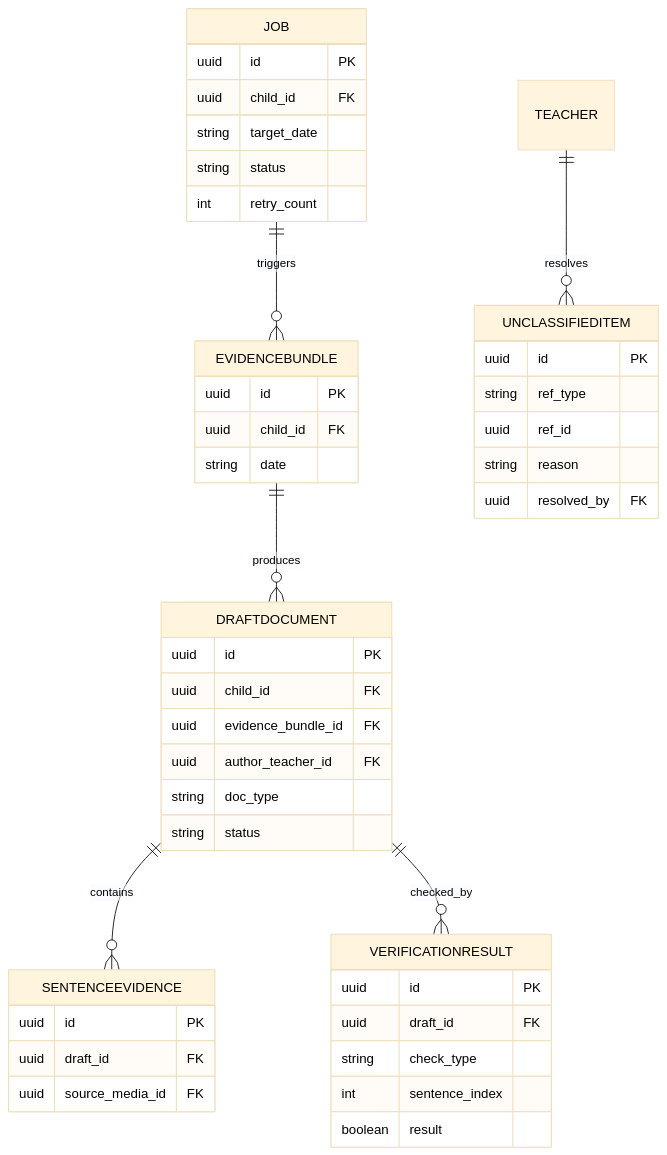
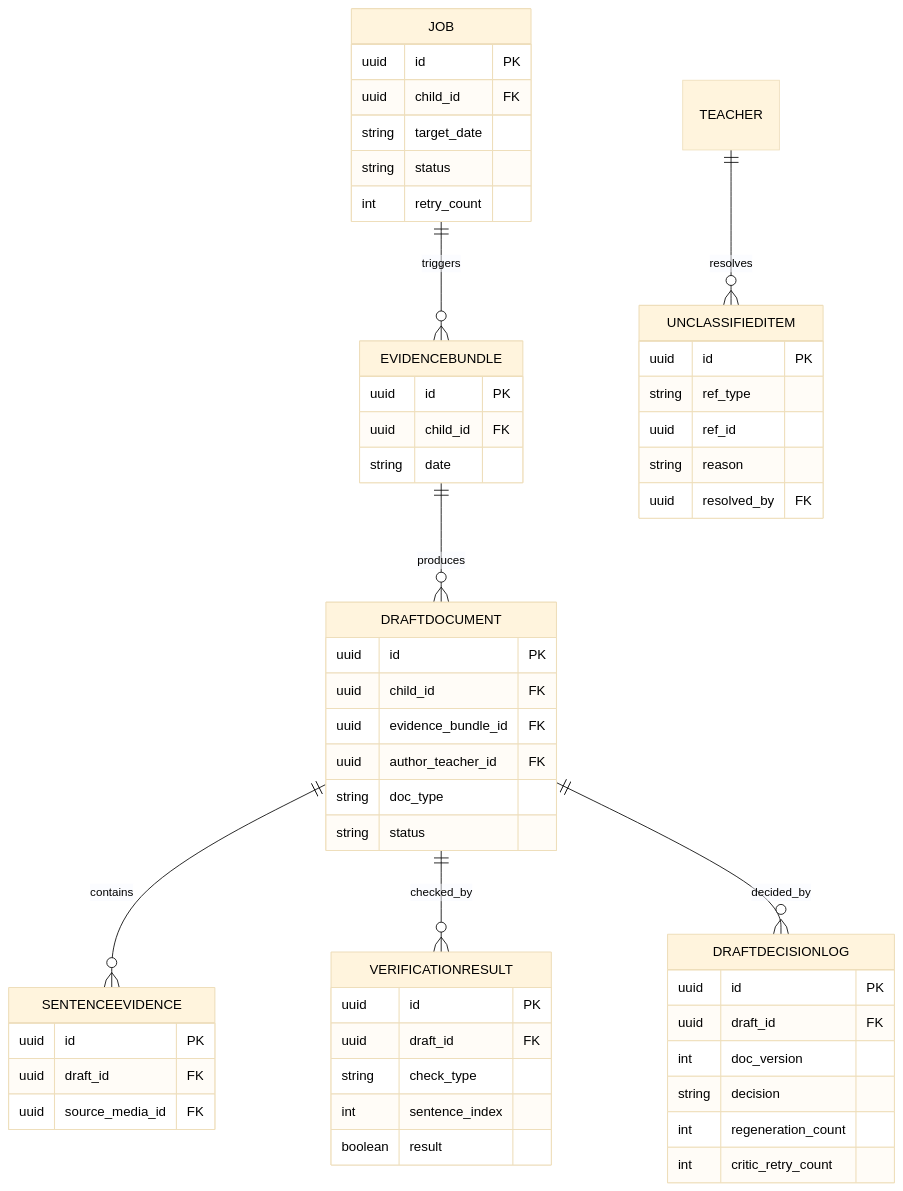
Before and after one commit to kakaotechcampus-4/ktc4-chungnam-4: the fourth of 8 diagrams in docs/테크스펙.md, drawn with Mermaid. The commit also changed other lines of this file and 1 other file, not shown here.

Commit message:
docs: describe DraftDecisionLog in agents spec
방금 커밋한 draft_decision_logs 테이블을 agents/CLAUDE.md 구현 상태와
테크스펙 데이터 모델 ④ ERD에 반영합니다.

````diff
--- a/docs/테크스펙.md
+++ b/docs/테크스펙.md
@@ -564,48 +565,57 @@
 ```mermaid
 %%{init: {'theme':'base', 'themeVariables': {'primaryTextColor':'#000000','textColor':'#000000','lineColor':'#000000'}}}%%
 erDiagram
   JOB {
     uuid id PK
     uuid child_id FK
     string target_date
     string status
     int retry_count
   }
   EVIDENCEBUNDLE {
     uuid id PK
     uuid child_id FK
     string date
   }
   DRAFTDOCUMENT {
     uuid id PK
     uuid child_id FK
     uuid evidence_bundle_id FK
     uuid author_teacher_id FK
     string doc_type
     string status
   }
   SENTENCEEVIDENCE {
     uuid id PK
     uuid draft_id FK
     uuid source_media_id FK
   }
   VERIFICATIONRESULT {
     uuid id PK
     uuid draft_id FK
     string check_type
     int sentence_index
     boolean result
   }
+  DRAFTDECISIONLOG {
+    uuid id PK
+    uuid draft_id FK
+    int doc_version
+    string decision
+    int regeneration_count
+    int critic_retry_count
+  }
   UNCLASSIFIEDITEM {
     uuid id PK
     string ref_type
     uuid ref_id
     string reason
     uuid resolved_by FK
   }
   JOB ||--o{ EVIDENCEBUNDLE : triggers
   EVIDENCEBUNDLE ||--o{ DRAFTDOCUMENT : produces
   DRAFTDOCUMENT ||--o{ SENTENCEEVIDENCE : contains
   DRAFTDOCUMENT ||--o{ VERIFICATIONRESULT : checked_by
+  DRAFTDOCUMENT ||--o{ DRAFTDECISIONLOG : decided_by
   TEACHER ||--o{ UNCLASSIFIEDITEM : resolves
 ```
````
